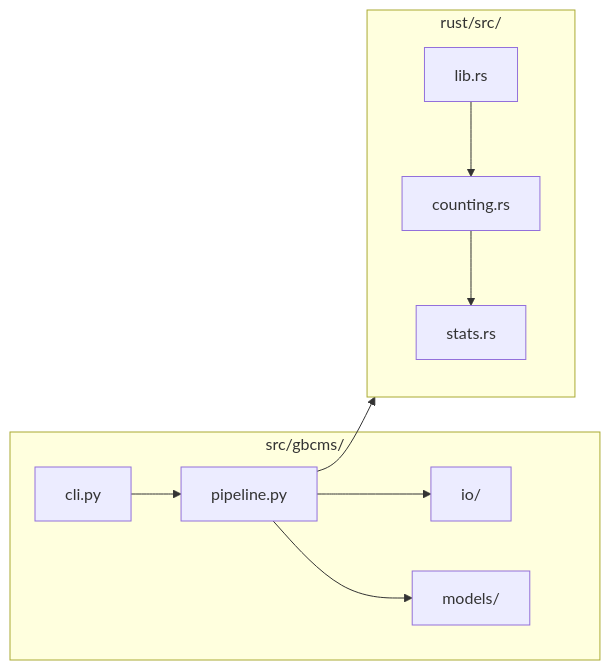
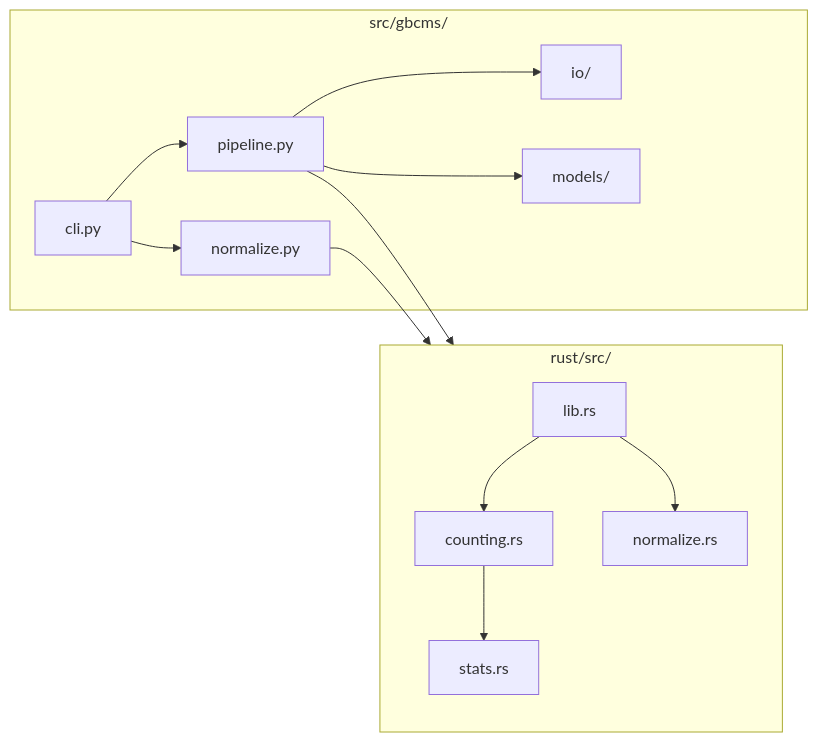
The first of 2 diagrams in docs/development/developer-guide.md (msk-access/py-gbcms), drawn with Mermaid before and after one commit. The commit also changed 41 other files, not shown here.

````diff
--- a/docs/development/developer-guide.md
+++ b/docs/development/developer-guide.md
@@ -75,15 +75,18 @@
 ```mermaid
 flowchart LR
     subgraph Python["src/gbcms/"]
         CLI[cli.py] --> Pipeline[pipeline.py]
+        CLI --> Normalize[normalize.py]
         Pipeline --> IO[io/]
         Pipeline --> Models[models/]
     end
     
     subgraph Rust["rust/src/"]
         Lib[lib.rs] --> Count[counting.rs]
+        Lib --> Norm[normalize.rs]
         Count --> Stats[stats.rs]
     end
     
     Pipeline --> Rust
+    Normalize --> Rust
 ```
````
